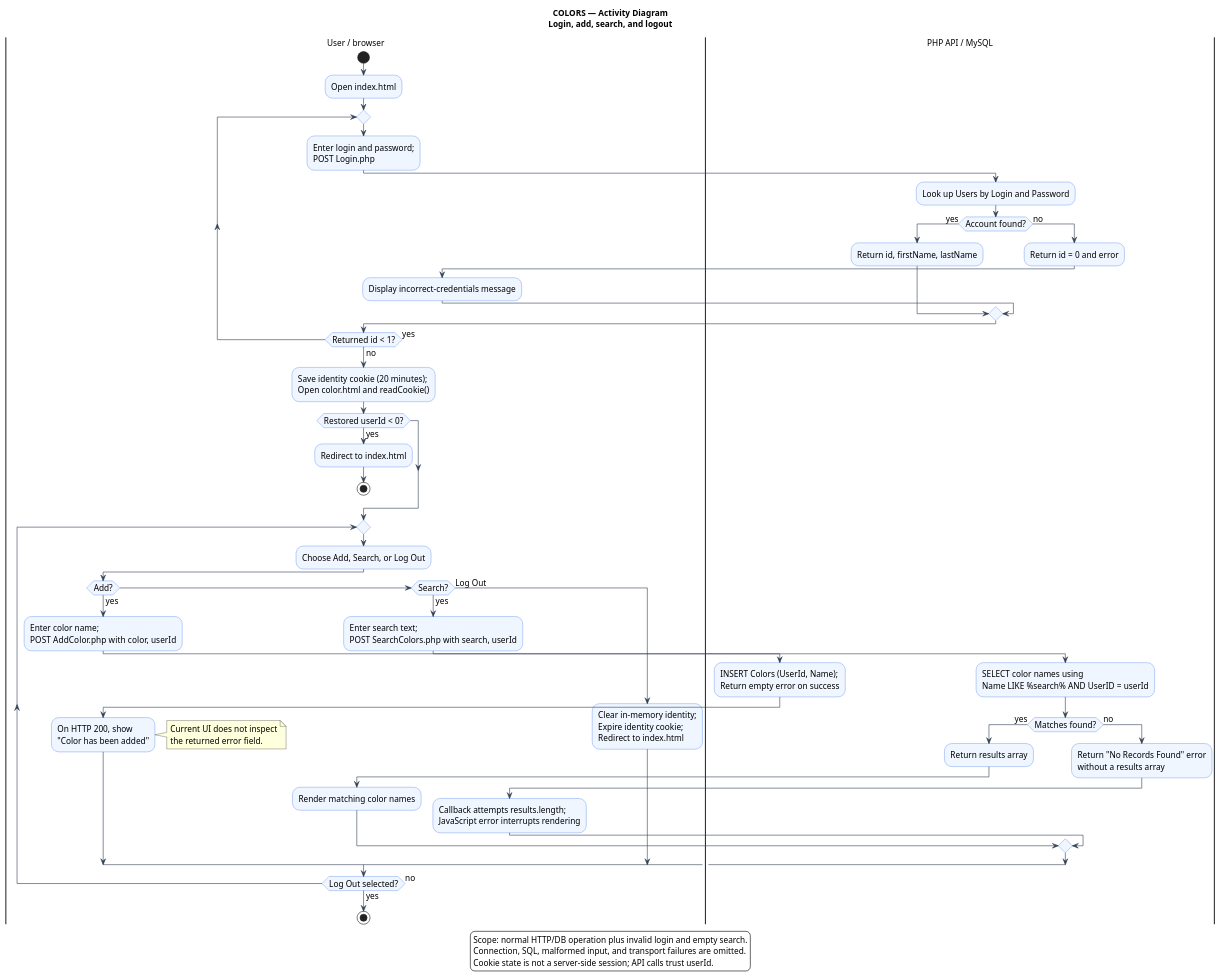
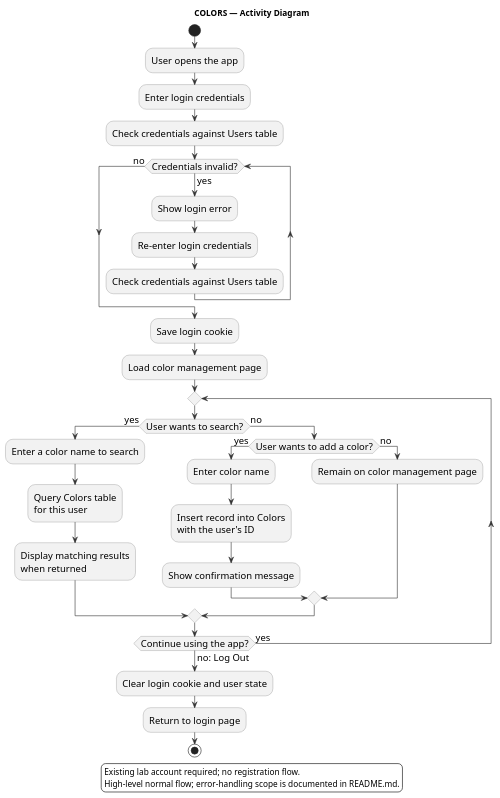
The diagram in docs/uml/activity.puml (rubaismail/colors-lamp), drawn with PlantUML before and after one commit. The commit also changed 2 other files, not shown here.

Commit message:
Simplify activity diagram to the existing COLORS user workflow

```diff
--- a/docs/uml/activity.puml
+++ b/docs/uml/activity.puml
@@ -1,67 +1,45 @@
 @startuml
 skinparam backgroundColor white
 skinparam shadowing false
 skinparam defaultFontName SansSerif
-skinparam defaultFontSize 14
-skinparam activityBackgroundColor #EFF6FF
-skinparam activityBorderColor #2563EB
-skinparam ArrowColor #334155
-title COLORS — Activity Diagram\nLogin, add, search, and logout
-|User / browser|
+skinparam defaultFontSize 16
+skinparam activityBackgroundColor #F2F2F2
+skinparam activityBorderColor #777777
+skinparam activityDiamondBackgroundColor #F2F2F2
+skinparam activityDiamondBorderColor #777777
+skinparam ArrowColor #333333
+title COLORS — Activity Diagram
 start
-:Open index.html;
+:User opens the app;
+:Enter login credentials;
+:Check credentials against Users table;
+while (Credentials invalid?) is (yes)
+  :Show login error;
+  :Re-enter login credentials;
+  :Check credentials against Users table;
+endwhile (no)
+:Save login cookie;
+:Load color management page;
 repeat
-  :Enter login and password;\nPOST Login.php;
-  |PHP API / MySQL|
-  :Look up Users by Login and Password;
-  if (Account found?) then (yes)
-    :Return id, firstName, lastName;
+  if (User wants to search?) then (yes)
+    :Enter a color name to search;
+    :Query Colors table\nfor this user;
+    :Display matching results\nwhen returned;
   else (no)
-    :Return id = 0 and error;
-    |User / browser|
-    :Display incorrect-credentials message;
+    if (User wants to add a color?) then (yes)
+      :Enter color name;
+      :Insert record into Colors\nwith the user's ID;
+      :Show confirmation message;
+    else (no)
+      :Remain on color management page;
+    endif
   endif
-  |User / browser|
-repeat while (Returned id < 1?) is (yes) not (no)
-:Save identity cookie (20 minutes);\nOpen color.html and readCookie();
-if (Restored userId < 0?) then (yes)
-  :Redirect to index.html;
-  stop
-endif
-repeat
-  :Choose Add, Search, or Log Out;
-  if (Add?) then (yes)
-    :Enter color name;\nPOST AddColor.php with color, userId;
-    |PHP API / MySQL|
-    :INSERT Colors (UserId, Name);\nReturn empty error on success;
-    |User / browser|
-    :On HTTP 200, show\n"Color has been added";
-    note right
-      Current UI does not inspect
-      the returned error field.
-    end note
-  elseif (Search?) then (yes)
-    :Enter search text;\nPOST SearchColors.php with search, userId;
-    |PHP API / MySQL|
-    :SELECT color names using\nName LIKE %search% AND UserID = userId;
-    if (Matches found?) then (yes)
-      :Return results array;
-      |User / browser|
-      :Render matching color names;
-    else (no)
-      |PHP API / MySQL|
-      :Return "No Records Found" error\nwithout a results array;
-      |User / browser|
-      :Callback attempts results.length;\nJavaScript error interrupts rendering;
-    endif
-  else (Log Out)
-    :Clear in-memory identity;\nExpire identity cookie;\nRedirect to index.html;
-  endif
-repeat while (Log Out selected?) is (no) not (yes)
+repeat while (Continue using the app?) is (yes) not (no: Log Out)
+:Clear login cookie and user state;
+:Return to login page;
 stop
 legend bottom
-Scope: normal HTTP/DB operation plus invalid login and empty search.
-Connection, SQL, malformed input, and transport failures are omitted.
-Cookie state is not a server-side session; API calls trust userId.
+Existing lab account required; no registration flow.
+High-level normal flow; error-handling scope is documented in README.md.
 endlegend
 @enduml
```
